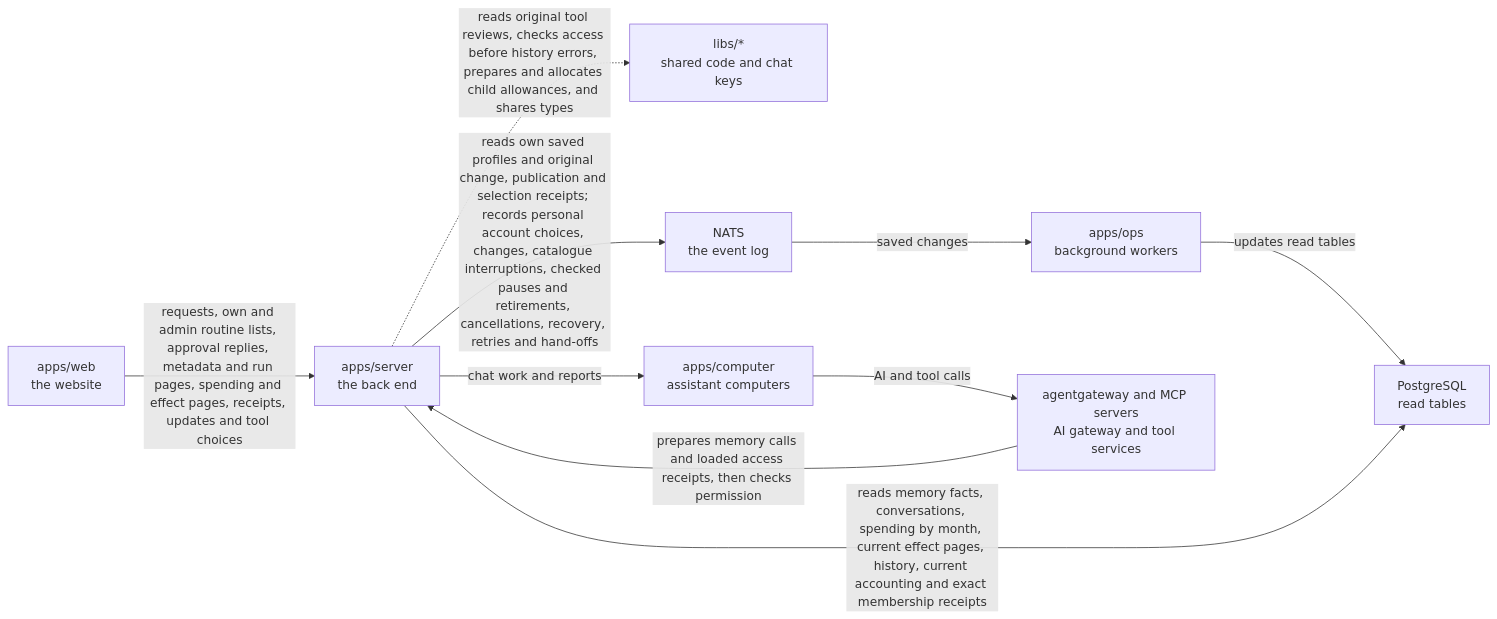
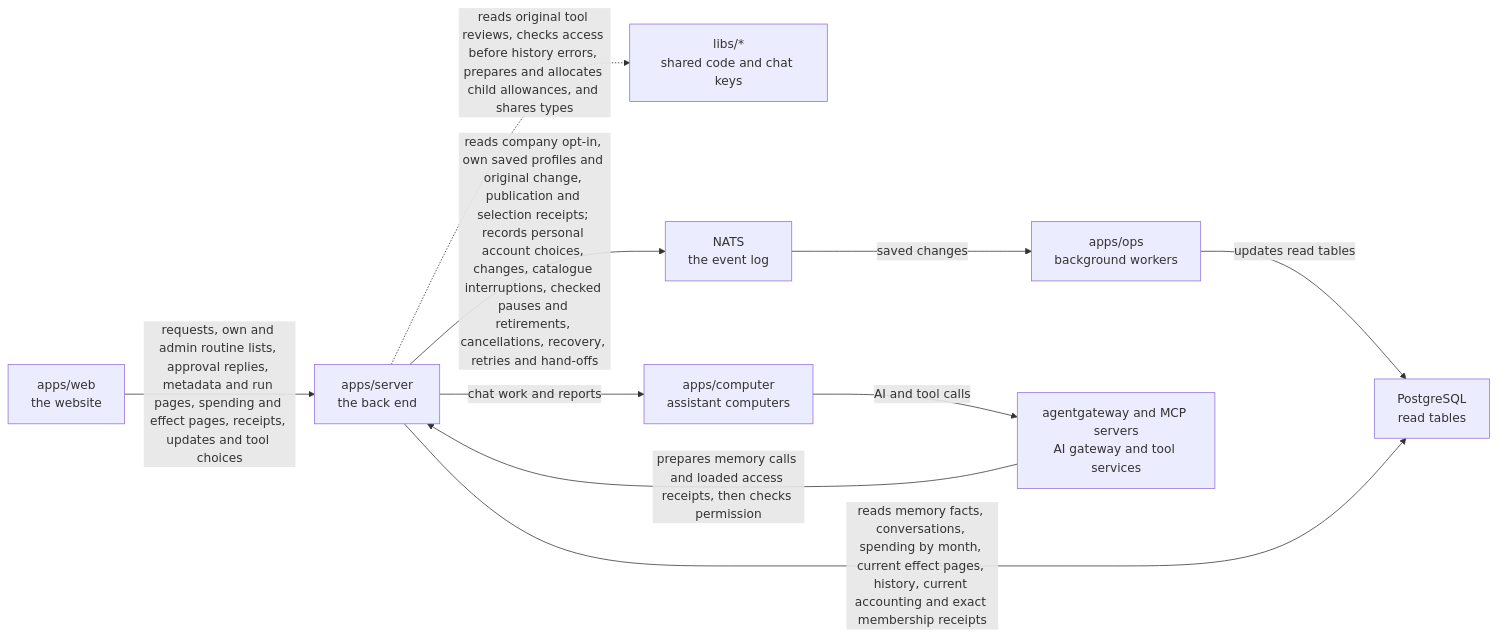
The diagram in apps/server/README.md (elewa-git/opencrane-new), drawn with Mermaid before and after one commit. The commit also changed other lines of this file and 7 other files, not shown here.

Commit message:
🔎 Let current admins read company account opt-in

````diff
--- a/apps/server/README.md
+++ b/apps/server/README.md
@@ -62,12 +65,12 @@
 ```mermaid
 flowchart LR
   web["apps/web<br/>the website"] -->|requests, own and admin routine lists, approval replies, metadata and run pages, spending and effect pages, receipts, updates and tool choices| server["apps/server<br/>the back end"]
   server -.->|reads original tool reviews, checks access before history errors, prepares and allocates child allowances, and shares types| libs["libs/*<br/>shared code and chat keys"]
-  server -->|reads own saved profiles and original change, publication and selection receipts; records personal account choices, changes, catalogue interruptions, checked pauses and retirements, cancellations, recovery, retries and hand-offs| nats["NATS<br/>the event log"]
+  server -->|reads company opt-in, own saved profiles and original change, publication and selection receipts; records personal account choices, changes, catalogue interruptions, checked pauses and retirements, cancellations, recovery, retries and hand-offs| nats["NATS<br/>the event log"]
   nats -->|saved changes| ops["apps/ops<br/>background workers"]
   ops -->|updates read tables| postgres["PostgreSQL<br/>read tables"]
   server -->|reads memory facts, conversations, spending by month, current effect pages, history, current accounting and exact membership receipts| postgres
   server -->|chat work and reports| computer["apps/computer<br/>assistant computers"]
   computer -->|AI and tool calls| runtime["agentgateway and MCP servers<br/>AI gateway and tool services"]
   runtime -->|prepares memory calls and loaded access receipts, then checks permission| server
 ```
````
